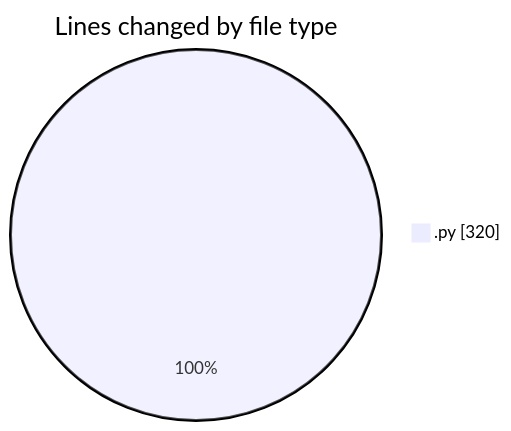
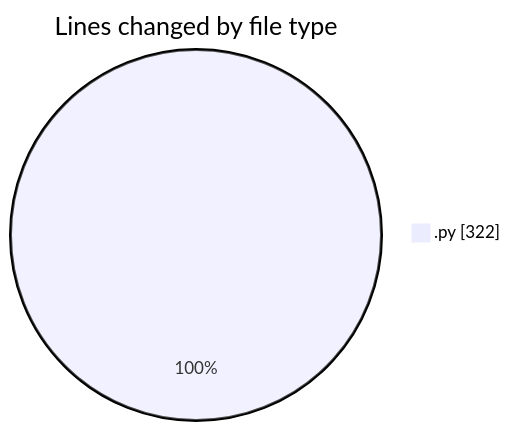
One commit to hasnaa123/code-tracking changed the first of 2 diagrams in 2026-03-03/student_performance_system/README.md. Above: the diagram before and after it, drawn with Mermaid. The commit also changed other lines of this file and 1 other file, not shown here.

````diff
--- a/2026-03-03/student_performance_system/README.md
+++ b/2026-03-03/student_performance_system/README.md
@@ -20,5 +20,5 @@
 ```mermaid
 pie showData
 title Lines changed by file type
-".py" : 320
+".py" : 322
 ```
````
